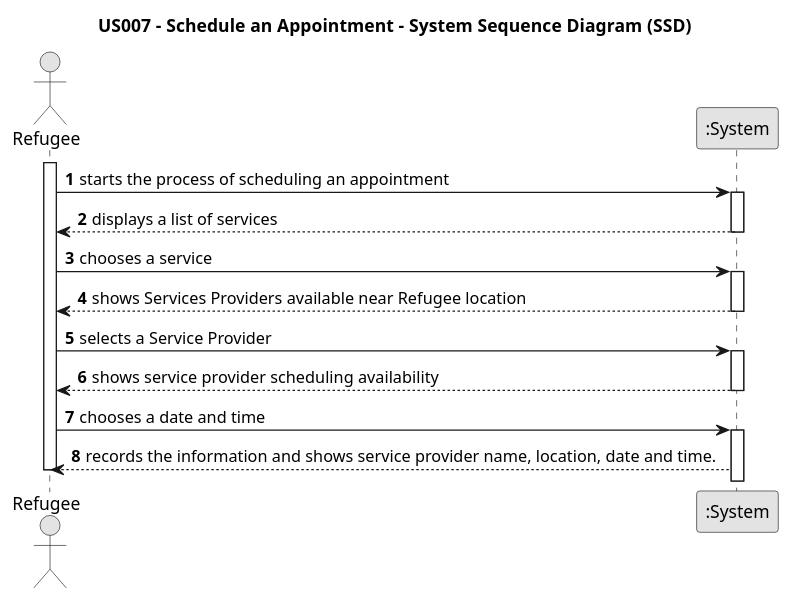
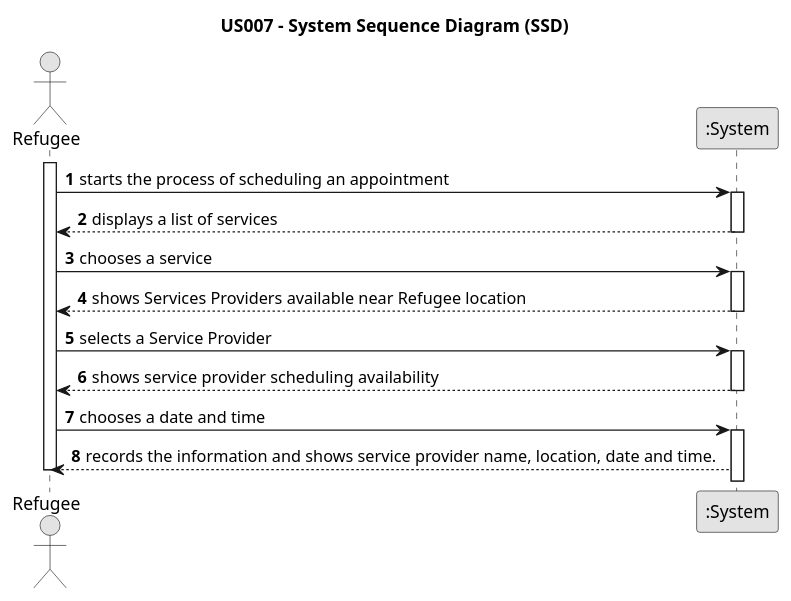
Before and after one commit to tbarracha/Upskill-Sprint-2-Gladly-Given: the diagram in javaSprint2GladlyGiven/Docs/UseCases/uc007/us007-SSD.puml, drawn with PlantUML. The commit also changed 8 other files, not shown here.

```diff
--- a/javaSprint2GladlyGiven/Docs/UseCases/uc007/us007-SSD.puml
+++ b/javaSprint2GladlyGiven/Docs/UseCases/uc007/us007-SSD.puml
@@ -1,36 +1,36 @@
 @startuml
 skinparam monochrome true
 skinparam packageStyle rectangle
 skinparam shadowing false
 
-title US007 - Schedule an Appointment -  System Sequence Diagram (SSD)
+title US007 - System Sequence Diagram (SSD)
 
 autonumber
 
 actor Refugee
 participant ":System" as System
 
 activate Refugee
     Refugee -> System : starts the process of scheduling an appointment
     activate System
         System --> Refugee : displays a list of services
     deactivate System
 
     Refugee -> System : chooses a service
 
     activate System
         System --> Refugee : shows Services Providers available near Refugee location
     deactivate System
     Refugee -> System : selects a Service Provider
 
     activate System
         System --> Refugee : shows service provider scheduling availability
     deactivate System
 
     Refugee -> System: chooses a date and time
     activate System
         System --> Refugee: records the information and shows service provider name, location, date and time.
 
 deactivate Refugee
 
 @enduml
```
